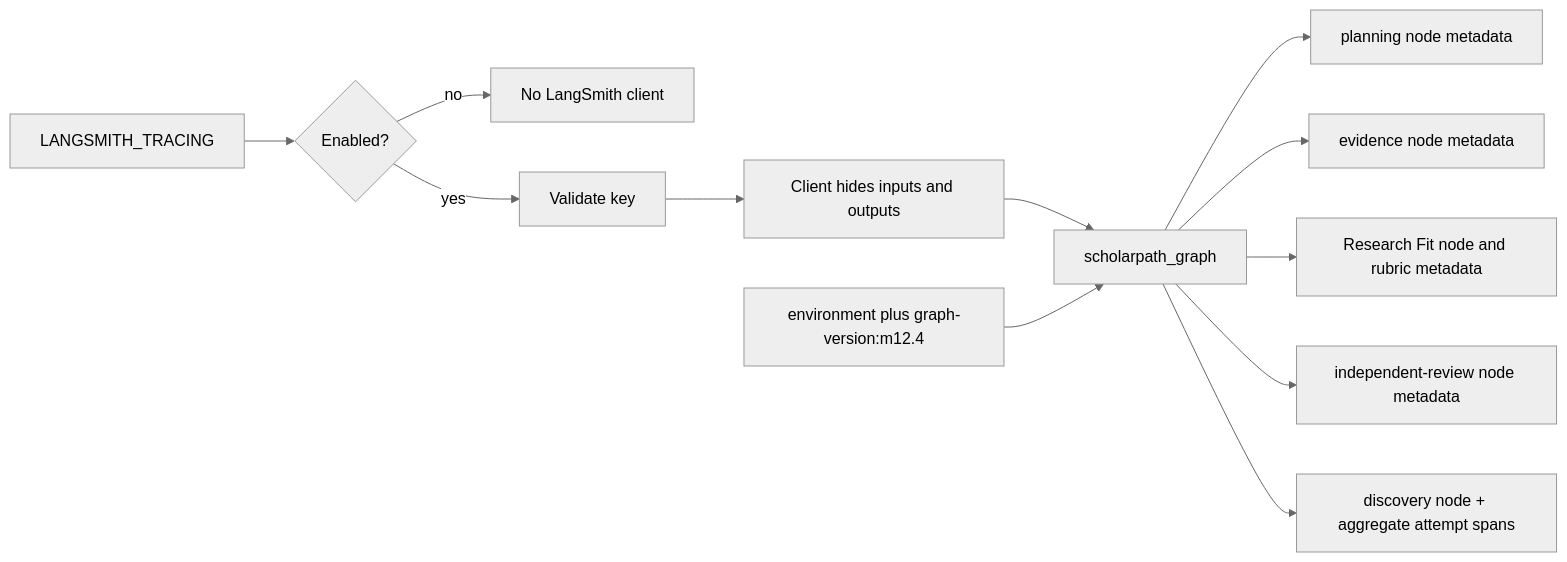
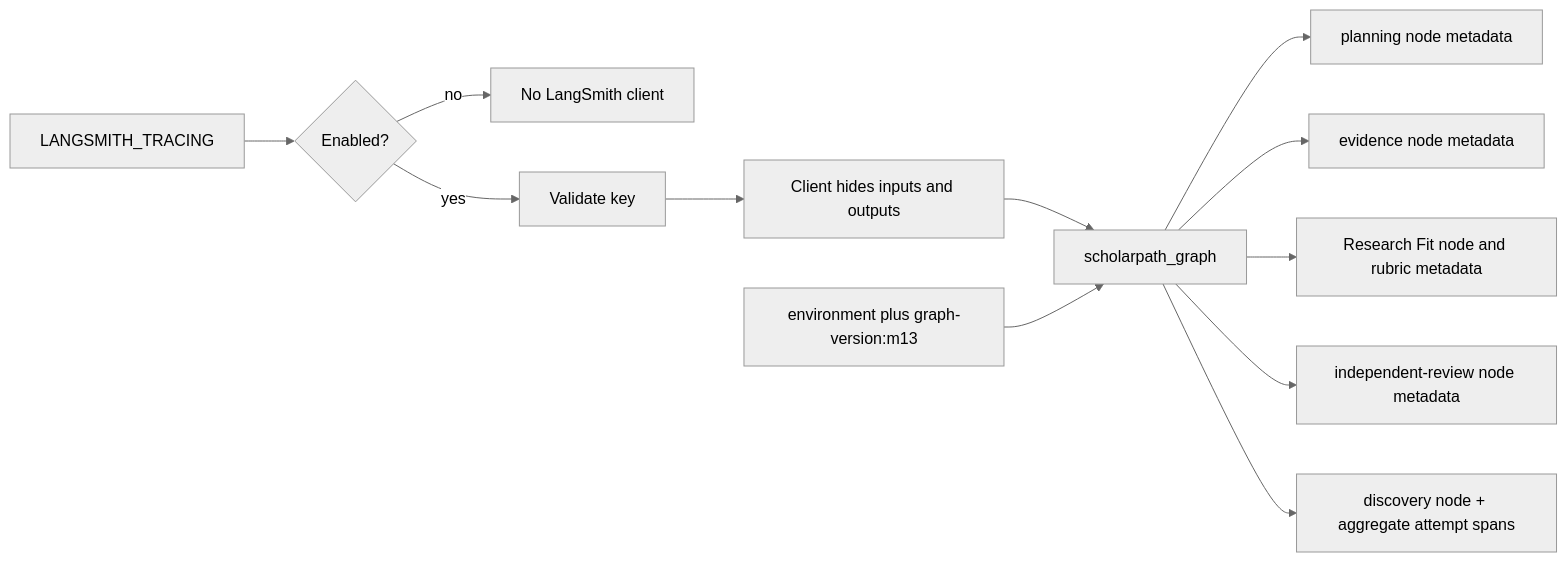
One commit to shanly-rajan/ai-builder changed diagram 21 of 24 in projects/scholar-path/docs/architecture.md. Above: the diagram before and after it, drawn with Mermaid (neutral theme). The commit also changed other lines of this file and 36 other files, not shown here.

````diff
--- a/projects/scholar-path/docs/architecture.md
+++ b/projects/scholar-path/docs/architecture.md
@@ -839,14 +839,14 @@
 ```mermaid
 flowchart LR
     Env[LANGSMITH_TRACING] --> Enabled{Enabled?}
     Enabled -->|no| Off[No LangSmith client]
     Enabled -->|yes| Key[Validate key]
     Key --> Client[Client hides inputs and outputs]
     Client --> Root[scholarpath_graph]
     Root --> PlanTrace[planning node metadata]
     Root --> EvidenceTrace[evidence node metadata]
     Root --> FitTrace[Research Fit node and rubric metadata]
     Root --> ReviewTrace[independent-review node metadata]
     Root --> Discovery[discovery node + aggregate attempt spans]
-    Tags[environment plus graph-version:m12.4] --> Root
+    Tags[environment plus graph-version:m13] --> Root
 ```
````
